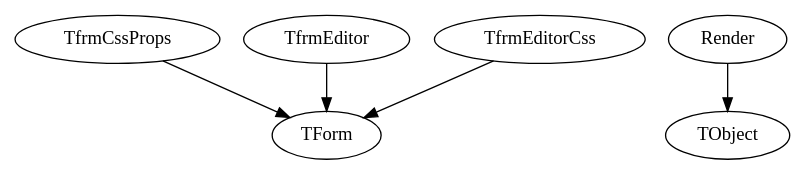
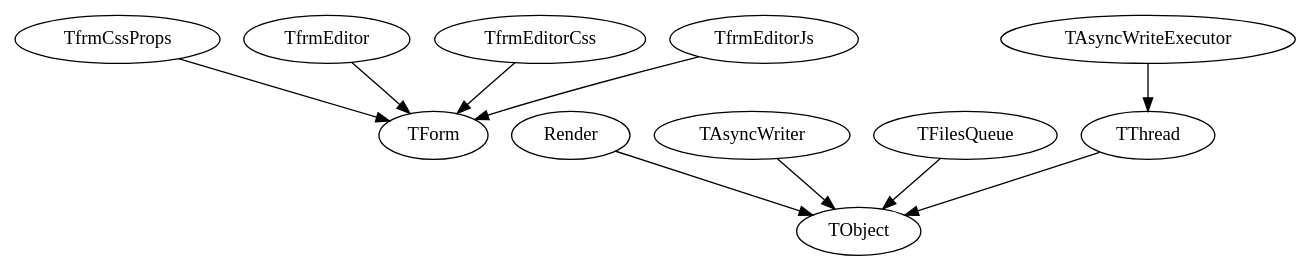
One commit to ArtNazarov/HtmlBuilder-docs changed the diagram in GVClasses.dot. Above: the diagram before and after it, drawn with Graphviz. The commit also changed 41 other files, not shown here.

```diff
--- a/GVClasses.dot
+++ b/GVClasses.dot
@@ -1,10 +1,19 @@
 DiGraph Classes {
   "TfrmCssProps" -> "TForm"
   "TfrmCssProps" [href="css_props_dlg.TfrmCssProps.html"]
   "TfrmEditor" -> "TForm"
   "TfrmEditor" [href="editor_in_window.TfrmEditor.html"]
   "TfrmEditorCss" -> "TForm"
   "TfrmEditorCss" [href="editor_css.TfrmEditorCss.html"]
+  "TfrmEditorJs" -> "TForm"
+  "TfrmEditorJs" [href="editor_js.TfrmEditorJs.html"]
   "Render" -> "TObject"
   "Render" [href="RenderHtml.Render.html"]
+  "TAsyncWriter" -> "TObject"
+  "TAsyncWriter" [href="AsyncQueue.TAsyncWriter.html"]
+  "TFilesQueue" -> "TObject"
+  "TFilesQueue" [href="AsyncQueue.TFilesQueue.html"]
+  "TThread" -> "TObject"
+  "TAsyncWriteExecutor" -> "TThread"
+  "TAsyncWriteExecutor" [href="AsyncQueue.TAsyncWriteExecutor.html"]
 }
```
